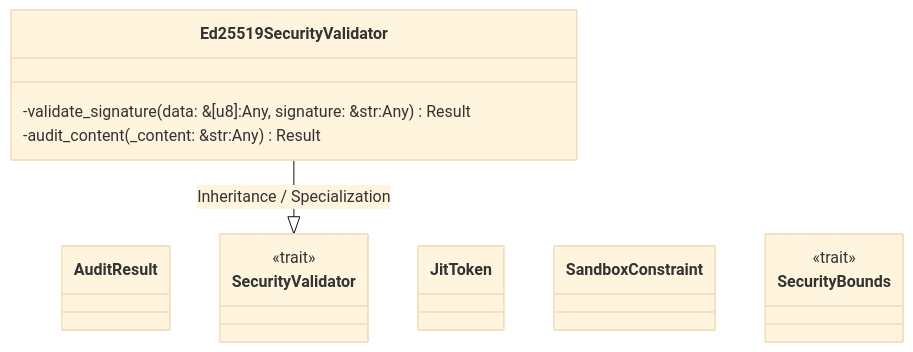
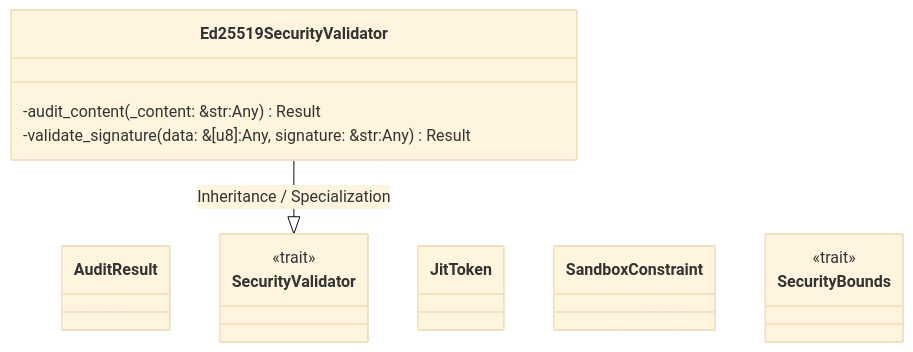
One commit to lgcorzo/rust_CACD_autonomous_factory changed the first of 2 diagrams in openwiki/crates_factory-core_src_security_rs.md. Above: the diagram before and after it, drawn with Mermaid (base theme). The commit also changed other lines of this file and 76 other files, not shown here.

````diff
--- a/openwiki/crates_factory-core_src_security_rs.md
+++ b/openwiki/crates_factory-core_src_security_rs.md
@@ -219,22 +219,22 @@
 ```mermaid
 classDiagram
     direction BT
     class AuditResult {
     }
     class Ed25519SecurityValidator {
+        -audit_content(_content: &str:Any) Result<AuditResult>
         -validate_signature(data: &[u8]:Any, signature: &str:Any) Result<bool>
-        -audit_content(_content: &str:Any) Result<AuditResult>
     }
     SecurityValidator <|-- Ed25519SecurityValidator : Inheritance / Specialization
     class JitToken {
     }
     class SandboxConstraint {
     }
     class SecurityBounds {
         <<trait>>
     }
     class SecurityValidator {
         <<trait>>
     }
 
 ```
````
